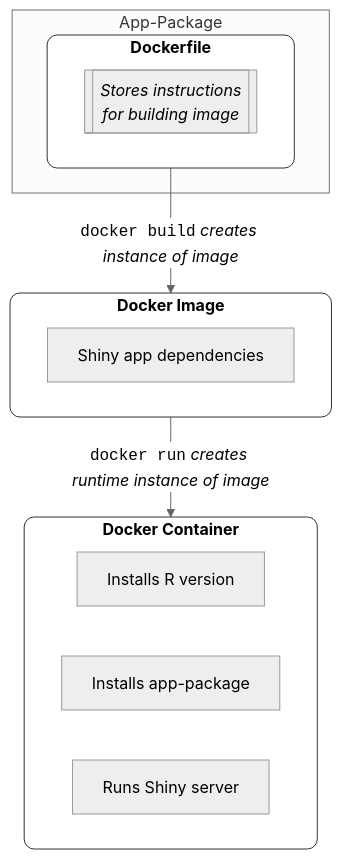
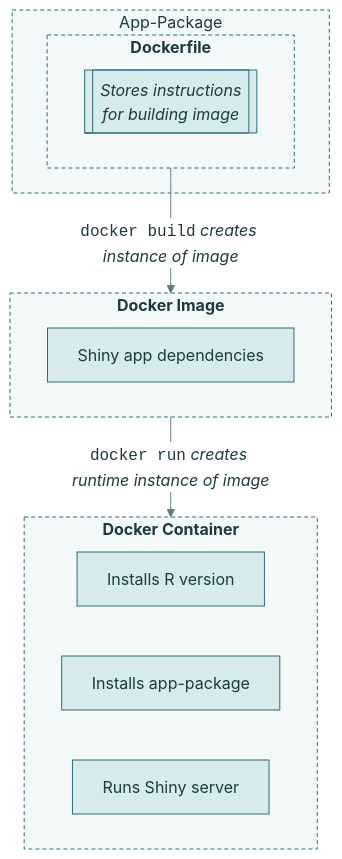
Before and after one commit to mjfrigaard/shiny-app-pkgs: the diagram in docker.qmd, drawn with Mermaid. The commit also changed 22 other files, not shown here.

First line of the commit message:
Standardize mermaid diagrams on the site teal palette

````diff
--- a/docker.qmd
+++ b/docker.qmd
@@ -90,27 +90,33 @@
 ```{mermaid}
 %%| fig-align: center
-%%{init: {'theme': 'neutral', 'themeVariables': { 'fontFamily': 'monospace', "fontSize":"16px"}}}%%
+%%{init: {'theme': 'base', 'themeVariables': { 'fontFamily': 'monospace', "fontSize":"16px", "primaryColor":"#D7EBEC", "primaryTextColor":"#1B3B3F", "primaryBorderColor":"#2A6F77", "lineColor":"#5A7F83", "edgeLabelBackground":"#FFFFFF", "clusterBkg":"#F3F8F8", "clusterBorder":"#2A6F77", "darkMode":false}}}%%
 
 flowchart TB
     subgraph AP["App-Package"]
         subgraph DockFile["<strong>Dockerfile</strong>"]
             Instructions[["<em>Stores instructions<br>for building image</em>"]]
         end
     end
         subgraph DockImg["<strong>Docker Image</strong>"]
             Image["Shiny app dependencies"]
         end
 
         subgraph DockCont["<strong>Docker Container</strong>"]
             R["Installs R version"]
             Pkg["Installs app-package"]
             ShinyDep["Runs Shiny server"]
         end
 
     DockFile -->|"<code>docker build</code> <em>creates instance of image</em>"| DockImg
     DockImg --> |"<code>docker run</code> <em>creates runtime instance of image</em>"|DockCont
 
-    style DockFile fill:#FFFFFF,color:#000000,stroke:#333,stroke-width:1px,rx:10,ry:10
-    style DockImg fill:#FFFFFF,color:#000000,stroke:#333,stroke-width:1px,rx:10,ry:10
-    style DockCont fill:#FFFFFF,color:#000000,stroke:#333,stroke-width:1px,rx:10,ry:10
+    classDef term fill:#2A6F77,color:#FFFFFF,stroke:#1B4F55,stroke-width:1px
+    classDef step fill:#D7EBEC,color:#1B3B3F,stroke:#2A6F77,stroke-width:1px
+    classDef decision fill:#F4C26B,color:#3D2A00,stroke:#B7832B,stroke-width:1px
+    classDef io fill:#FFFFFF,color:#1B3B3F,stroke:#2A6F77,stroke-width:1px
+    class Instructions,Image,R,Pkg,ShinyDep step
+    style AP fill:#F3F8F8,color:#1B3B3F,stroke:#2A6F77,stroke-width:1px,stroke-dasharray:4 3
+    style DockFile fill:#F3F8F8,color:#1B3B3F,stroke:#2A6F77,stroke-width:1px,stroke-dasharray:4 3
+    style DockImg fill:#F3F8F8,color:#1B3B3F,stroke:#2A6F77,stroke-width:1px,stroke-dasharray:4 3
+    style DockCont fill:#F3F8F8,color:#1B3B3F,stroke:#2A6F77,stroke-width:1px,stroke-dasharray:4 3
 ```
````
